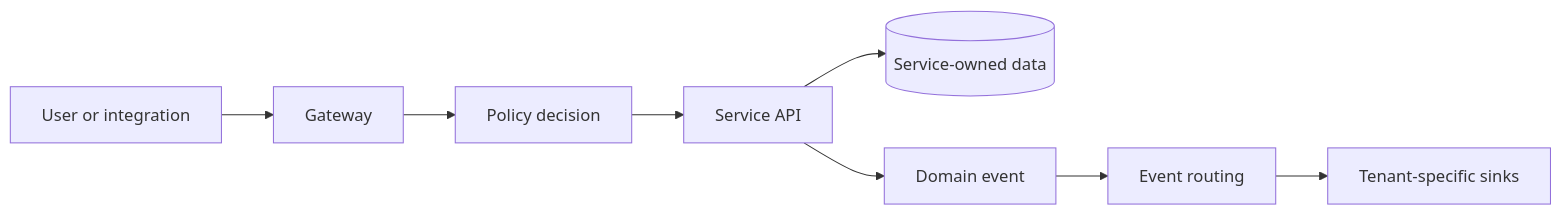
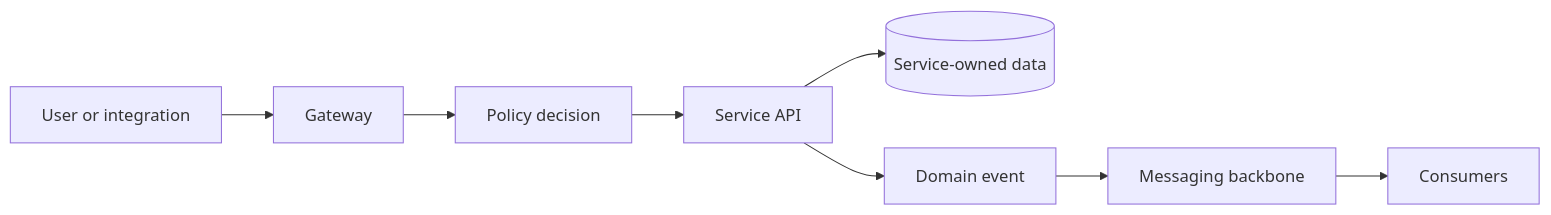
The diagram in introduction/core-concepts.md (Labs64/labs64.io-docs), drawn with Mermaid before and after one commit. The commit also changed other lines of this file and 3 other files, not shown here.

````diff
--- a/introduction/core-concepts.md
+++ b/introduction/core-concepts.md
@@ -23,10 +23,10 @@
 ```mermaid
 flowchart LR
   U["User or integration"] --> G["Gateway"]
   G --> P["Policy decision"]
   P --> S["Service API"]
   S --> DB[("Service-owned data")]
   S --> E["Domain event"]
-  E --> R["Event routing"]
-  R --> K["Tenant-specific sinks"]
+  E --> R["Messaging backbone"]
+  R --> K["Consumers"]
 ```
````
